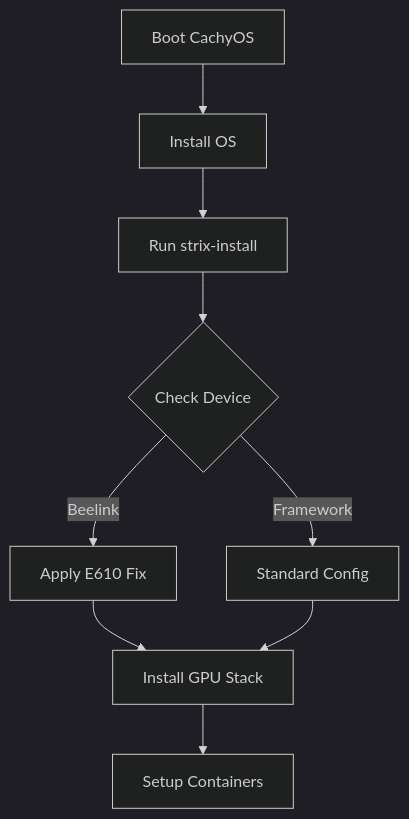
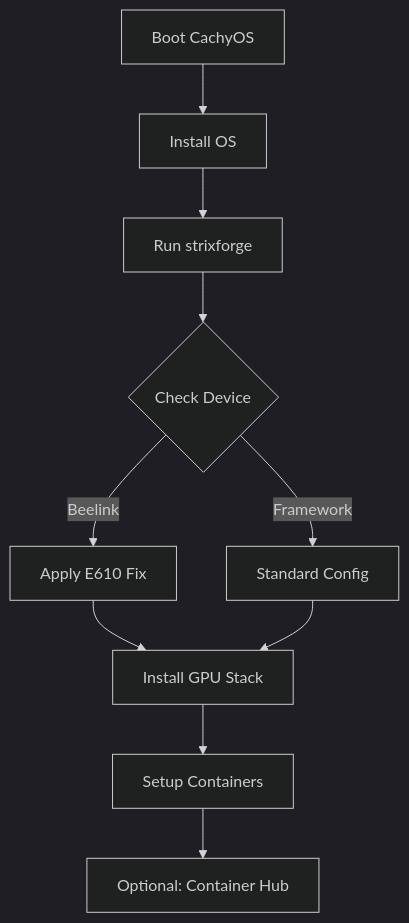
The diagram in docs/INSTALL_GUIDE.md (daveweinstein1/strix-halo-setup), drawn with Mermaid (dark theme) before and after one commit. The commit also changed other lines of this file and 1 other file, not shown here.

First line of the commit message:
docs: sync INSTALL_GUIDE.md with HTML source of truth

````diff
--- a/docs/INSTALL_GUIDE.md
+++ b/docs/INSTALL_GUIDE.md
@@ -149,11 +283,12 @@
 ```mermaid
 graph TD
     A[Boot CachyOS] --> B[Install OS]
-    B --> C[Run strix-install]
+    B --> C[Run strixforge]
     C --> D{Check Device}
     D -->|Beelink| E[Apply E610 Fix]
     D -->|Framework| F[Standard Config]
     E --> G[Install GPU Stack]
     F --> G
     G --> H[Setup Containers]
+    H --> I[Optional: Container Hub]
 ```
````
